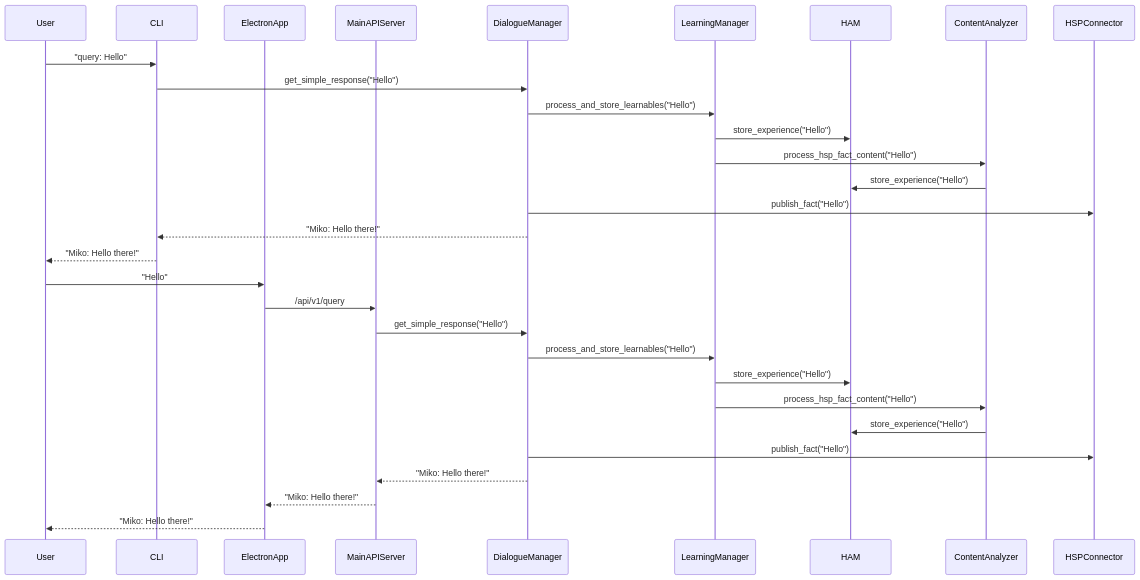
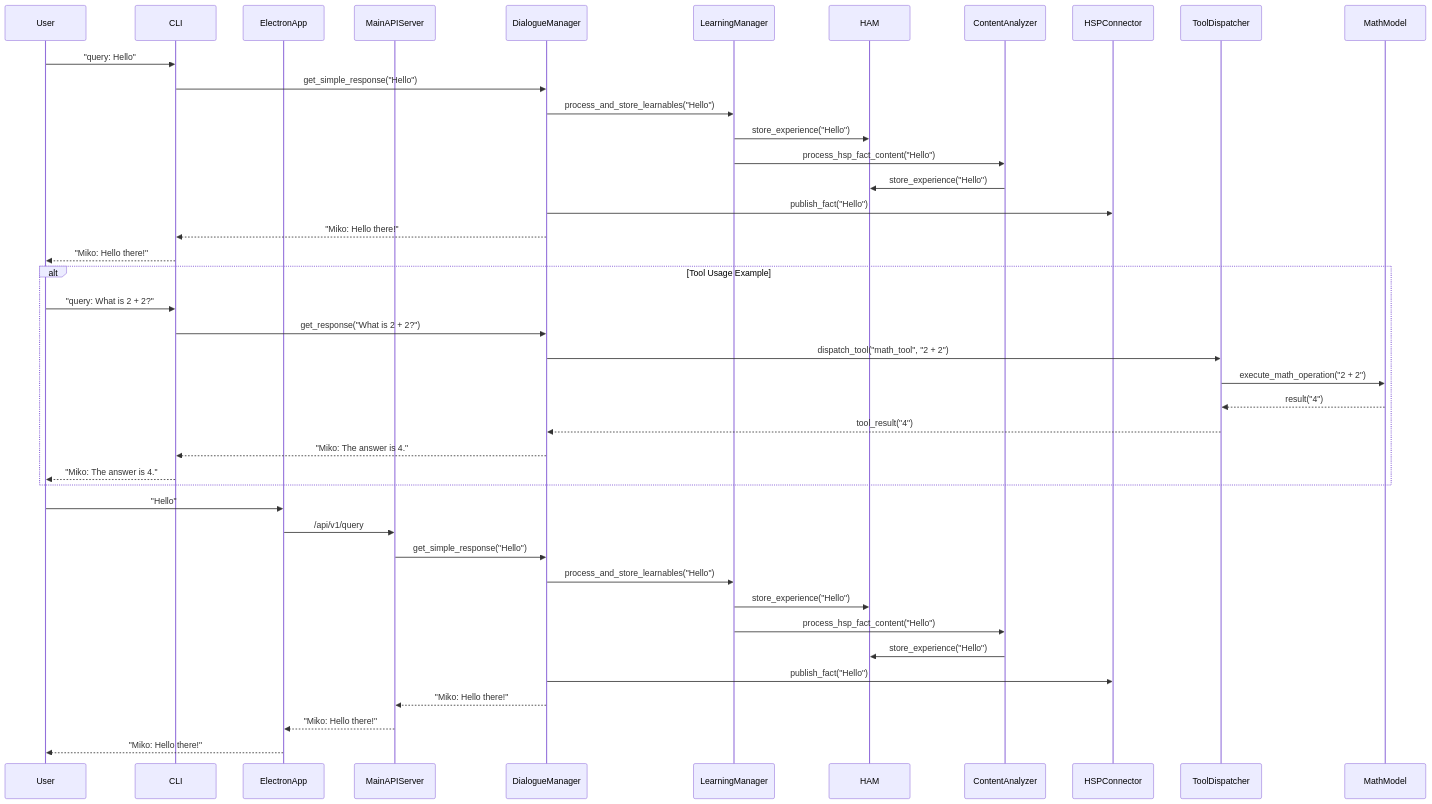
Before and after one commit to catcatAI/Unified-AI-Project: the diagram in docs/architecture/data_flow.md, drawn with Mermaid. The commit also changed 7 other files, not shown here.

````diff
--- a/docs/architecture/data_flow.md
+++ b/docs/architecture/data_flow.md
@@ -1,34 +1,45 @@
 ```mermaid
 sequenceDiagram
     participant User
     participant CLI
     participant ElectronApp
     participant MainAPIServer
     participant DialogueManager
     participant LearningManager
     participant HAM
     participant ContentAnalyzer
     participant HSPConnector
 
     User->>CLI: "query: Hello"
     CLI->>DialogueManager: get_simple_response("Hello")
     DialogueManager->>LearningManager: process_and_store_learnables("Hello")
     LearningManager->>HAM: store_experience("Hello")
     LearningManager->>ContentAnalyzer: process_hsp_fact_content("Hello")
     ContentAnalyzer->>HAM: store_experience("Hello")
     DialogueManager->>HSPConnector: publish_fact("Hello")
     DialogueManager-->>CLI: "Miko: Hello there!"
     CLI-->>User: "Miko: Hello there!"
 
+    alt Tool Usage Example
+        User->>CLI: "query: What is 2 + 2?"
+        CLI->>DialogueManager: get_response("What is 2 + 2?")
+        DialogueManager->>ToolDispatcher: dispatch_tool("math_tool", "2 + 2")
+        ToolDispatcher->>MathModel: execute_math_operation("2 + 2")
+        MathModel-->>ToolDispatcher: result("4")
+        ToolDispatcher-->>DialogueManager: tool_result("4")
+        DialogueManager-->>CLI: "Miko: The answer is 4."
+        CLI-->>User: "Miko: The answer is 4."
+    end
+
     User->>ElectronApp: "Hello"
     ElectronApp->>MainAPIServer: /api/v1/query
     MainAPIServer->>DialogueManager: get_simple_response("Hello")
     DialogueManager->>LearningManager: process_and_store_learnables("Hello")
     LearningManager->>HAM: store_experience("Hello")
     LearningManager->>ContentAnalyzer: process_hsp_fact_content("Hello")
     ContentAnalyzer->>HAM: store_experience("Hello")
     DialogueManager->>HSPConnector: publish_fact("Hello")
     DialogueManager-->>MainAPIServer: "Miko: Hello there!"
     MainAPIServer-->>ElectronApp: "Miko: Hello there!"
     ElectronApp-->>User: "Miko: Hello there!"
 ```
````
